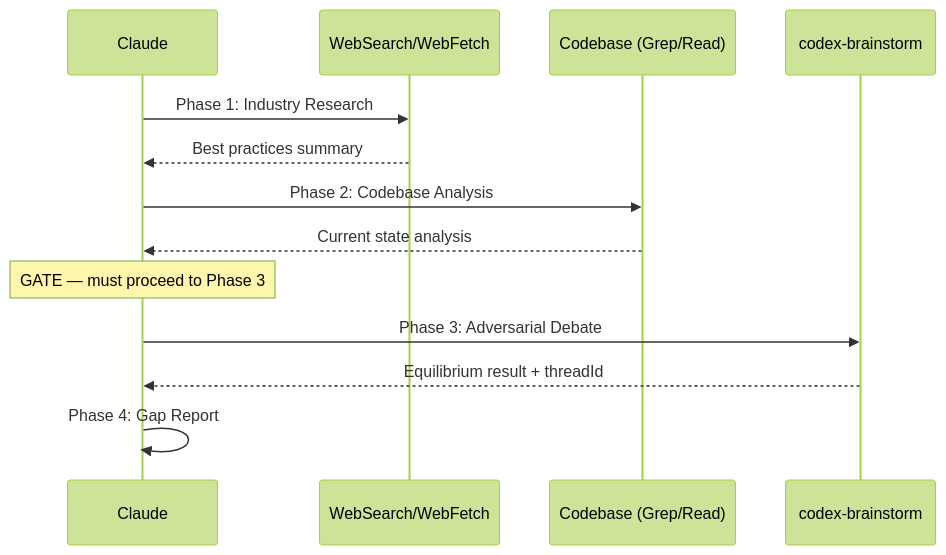
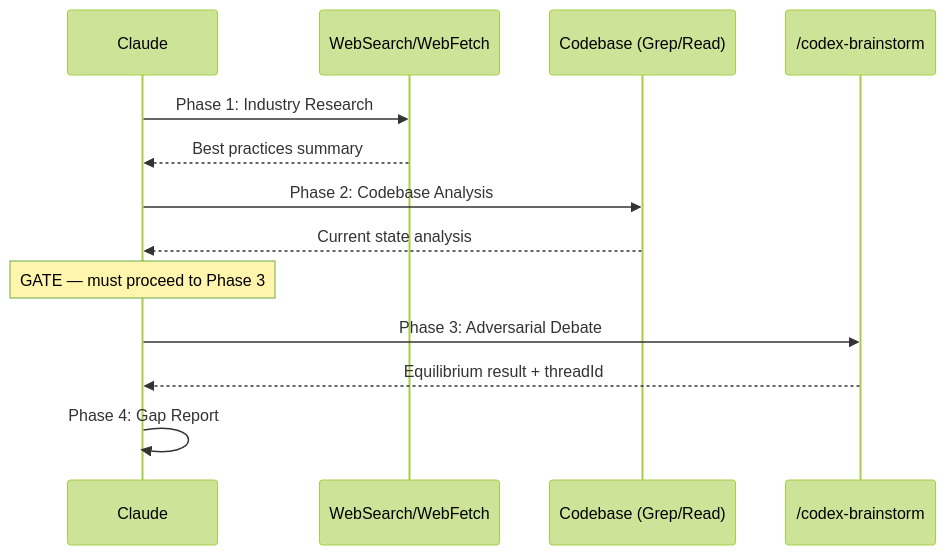
Before and after one commit to jupiter-Pulin/Uranus-dev-flow: the diagram in skills/best-practices/SKILL.md, drawn with Mermaid (forest theme). The commit also changed other lines of this file and 2 other files, not shown here.

````diff
--- a/skills/best-practices/SKILL.md
+++ b/skills/best-practices/SKILL.md
@@ -22,16 +33,16 @@
 ```mermaid
 sequenceDiagram
     participant C as Claude
     participant W as WebSearch/WebFetch
     participant R as Codebase (Grep/Read)
-    participant B as codex-brainstorm
+    participant B as /codex-brainstorm
 
     C->>W: Phase 1: Industry Research
     W-->>C: Best practices summary
     C->>R: Phase 2: Codebase Analysis
     R-->>C: Current state analysis
     Note over C: GATE — must proceed to Phase 3
     C->>B: Phase 3: Adversarial Debate
     B-->>C: Equilibrium result + threadId
     C->>C: Phase 4: Gap Report
 ```
````
